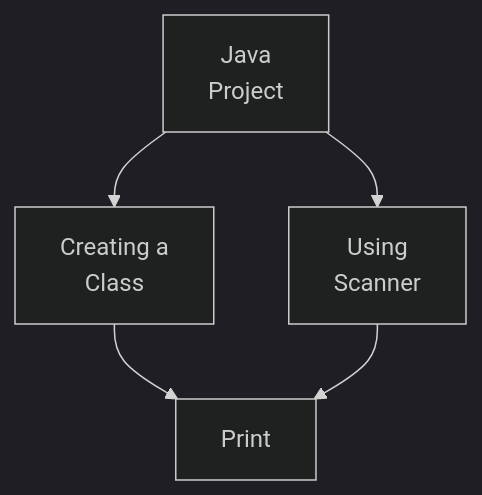
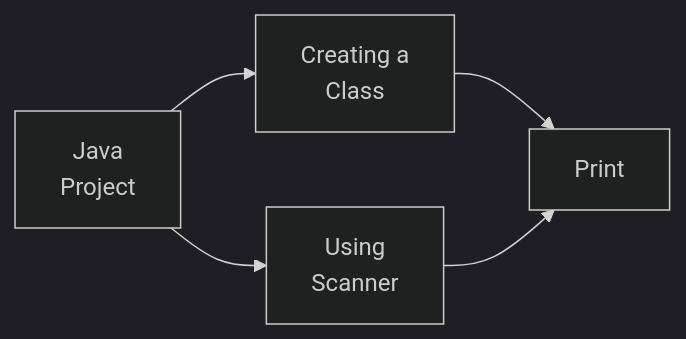
Before and after one commit to abominavelneves/Bootcamp-Challenge-Java: the diagram in README.md, drawn with Mermaid (dark theme).

````diff
--- a/README.md
+++ b/README.md
@@ -5,7 +5,7 @@
 ```mermaid
-graph TD;
+graph LR;
 J[Java\nProject]--> C1[Using\nScanner];
 J --> C2[Creating a\nClass];
 C2 --> Print;
 C1 --> Print;
 ```
````
